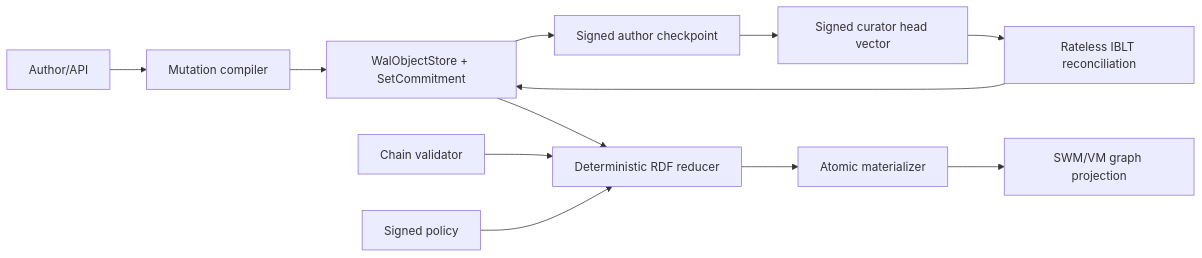
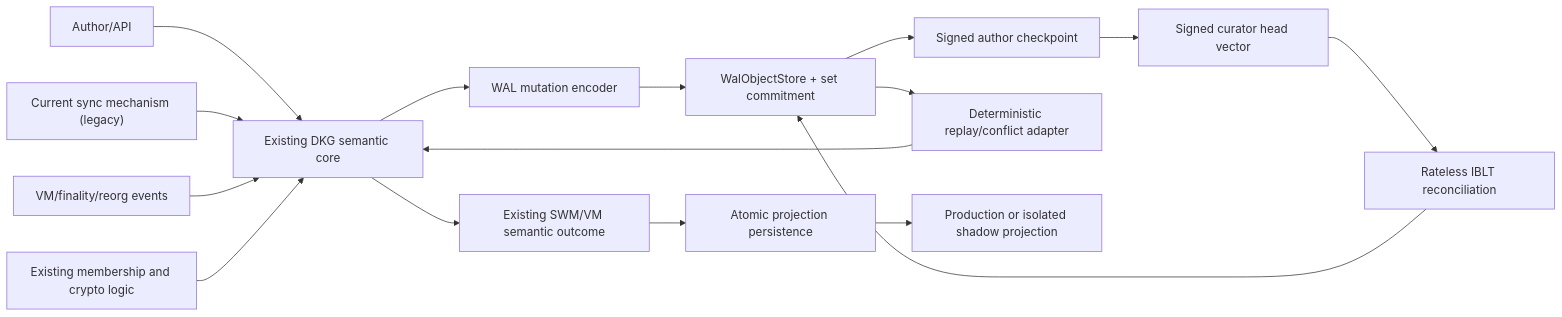
Before and after one commit to OriginTrail/dkg: the first of 12 diagrams in docs/active-now/wal-parallel-protocol-task-pack/OT-RFC-65-wal-byte-set-reconciliation-sync.md, drawn with Mermaid. The commit also changed other lines of this file and 32 other files, not shown here.

Commit message:
Enforce one shared DKG semantic core

````diff
--- a/docs/active-now/wal-parallel-protocol-task-pack/OT-RFC-65-wal-byte-set-reconciliation-sync.md
+++ b/docs/active-now/wal-parallel-protocol-task-pack/OT-RFC-65-wal-byte-set-reconciliation-sync.md
@@ -153,14 +171,18 @@
 ```mermaid
 flowchart LR
-  A[Author/API] --> C[Mutation compiler]
-  C --> W[WalObjectStore + SetCommitment]
+  A["Author/API"] --> S["Existing DKG semantic core"]
+  L["Current sync mechanism (legacy)"] --> S
+  S --> C["WAL mutation encoder"]
+  C --> W["WalObjectStore + set commitment"]
   W --> H[Signed author checkpoint]
   H --> V[Signed curator head vector]
   V --> R[Rateless IBLT reconciliation]
   R --> W
-  W --> D[Deterministic RDF reducer]
-  D --> M[Atomic materializer]
-  M --> G[SWM/VM graph projection]
-  X[Chain validator] --> D
-  P[Signed policy] --> D
+  W --> D["Deterministic replay/conflict adapter"]
+  D --> S
+  X["VM/finality/reorg events"] --> S
+  P["Existing membership and crypto logic"] --> S
+  S --> O["Existing SWM/VM semantic outcome"]
+  O --> M["Atomic projection persistence"]
+  M --> G["Production or isolated shadow projection"]
 ```
````
